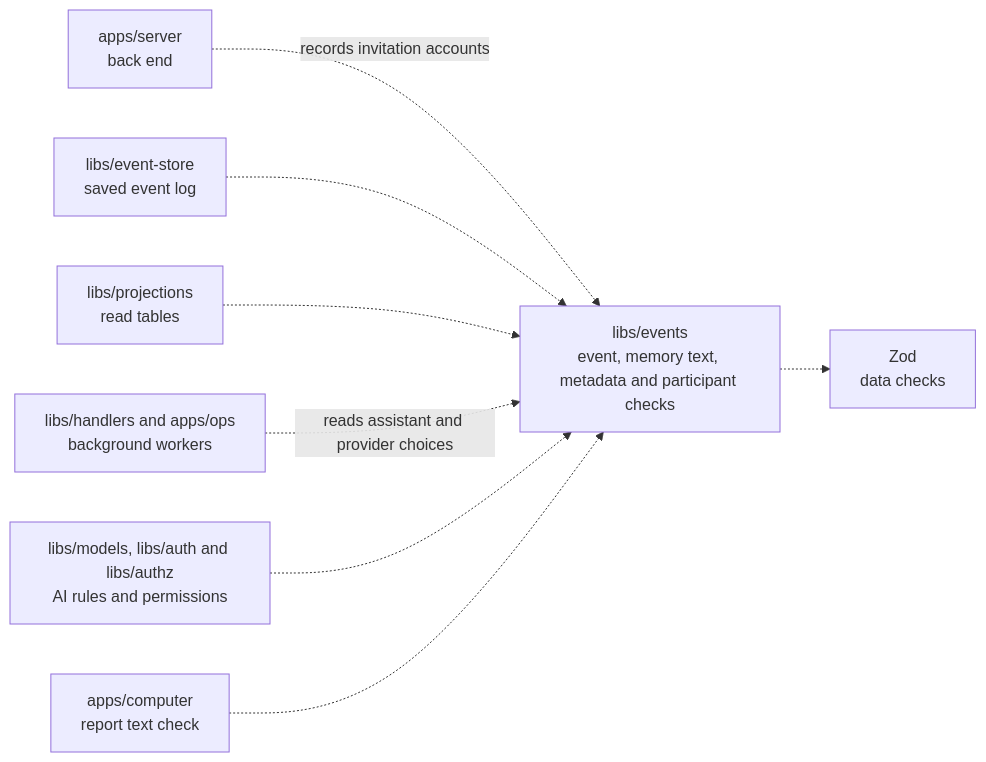
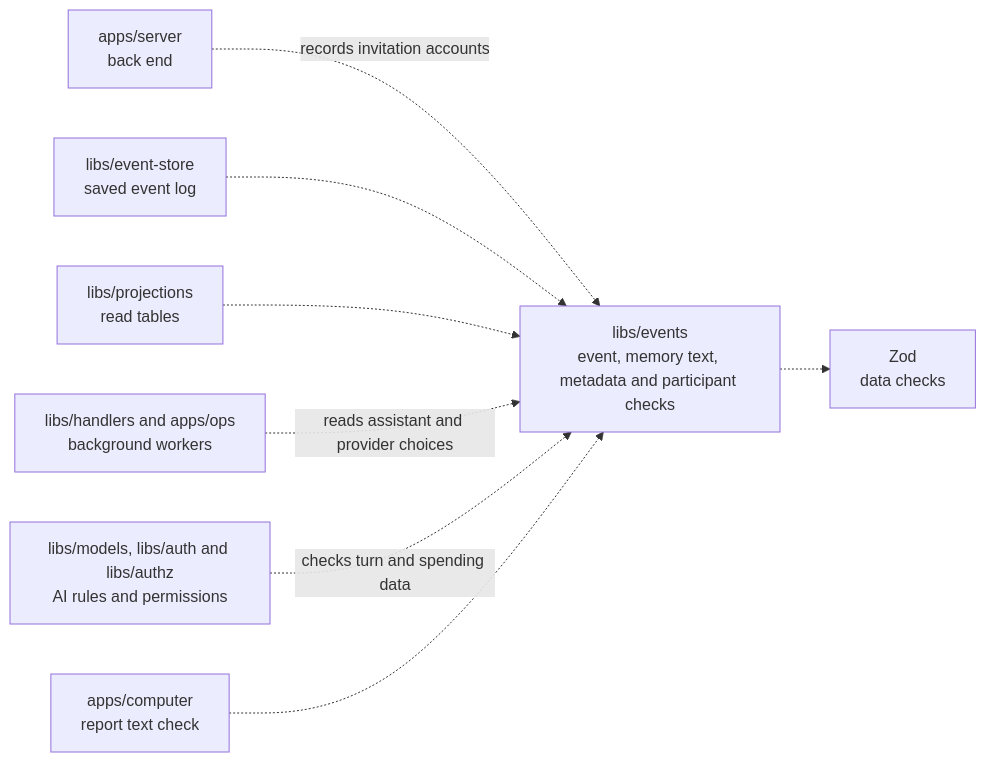
Before and after one commit to elewa-git/opencrane-new: the diagram in libs/events/README.md, drawn with Mermaid. The commit also changed other lines of this file and 20 other files, not shown here.

Commit message:
🔒 Keep recorded provider choices in turn passes and spending holds

````diff
--- a/libs/events/README.md
+++ b/libs/events/README.md
@@ -23,10 +23,10 @@
 ```mermaid
 flowchart LR
   server["apps/server<br/>back end"] -.->|records invitation accounts| events["libs/events<br/>event, memory text, metadata and participant checks"]
   store["libs/event-store<br/>saved event log"] -.-> events
   projections["libs/projections<br/>read tables"] -.-> events
   workers["libs/handlers and apps/ops<br/>background workers"] -.->|reads assistant and provider choices| events
-  others["libs/models, libs/auth and libs/authz<br/>AI rules and permissions"] -.-> events
+  others["libs/models, libs/auth and libs/authz<br/>AI rules and permissions"] -.->|checks turn and spending data| events
   computer["apps/computer<br/>report text check"] -.-> events
   events -.-> zod["Zod<br/>data checks"]
 ```
````
